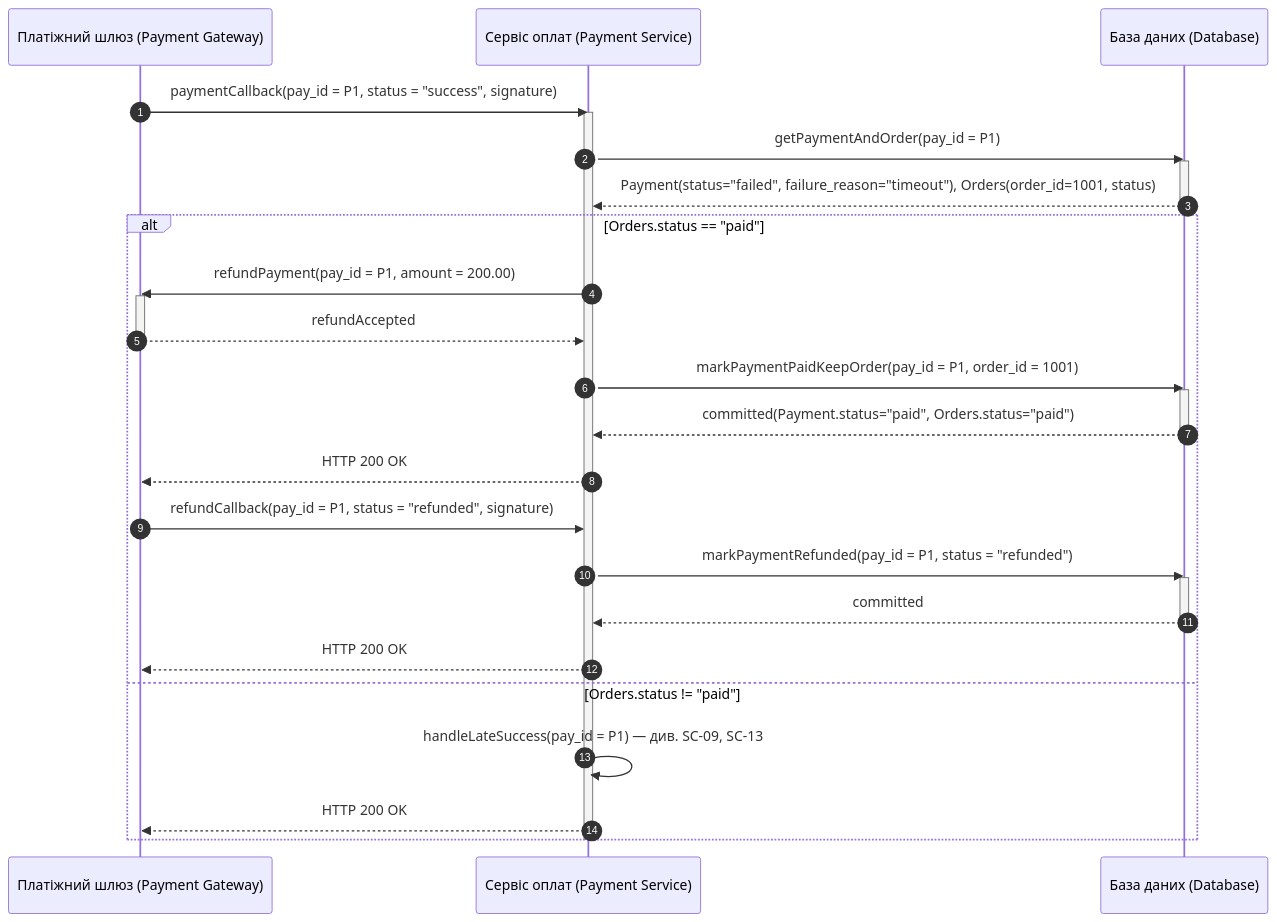
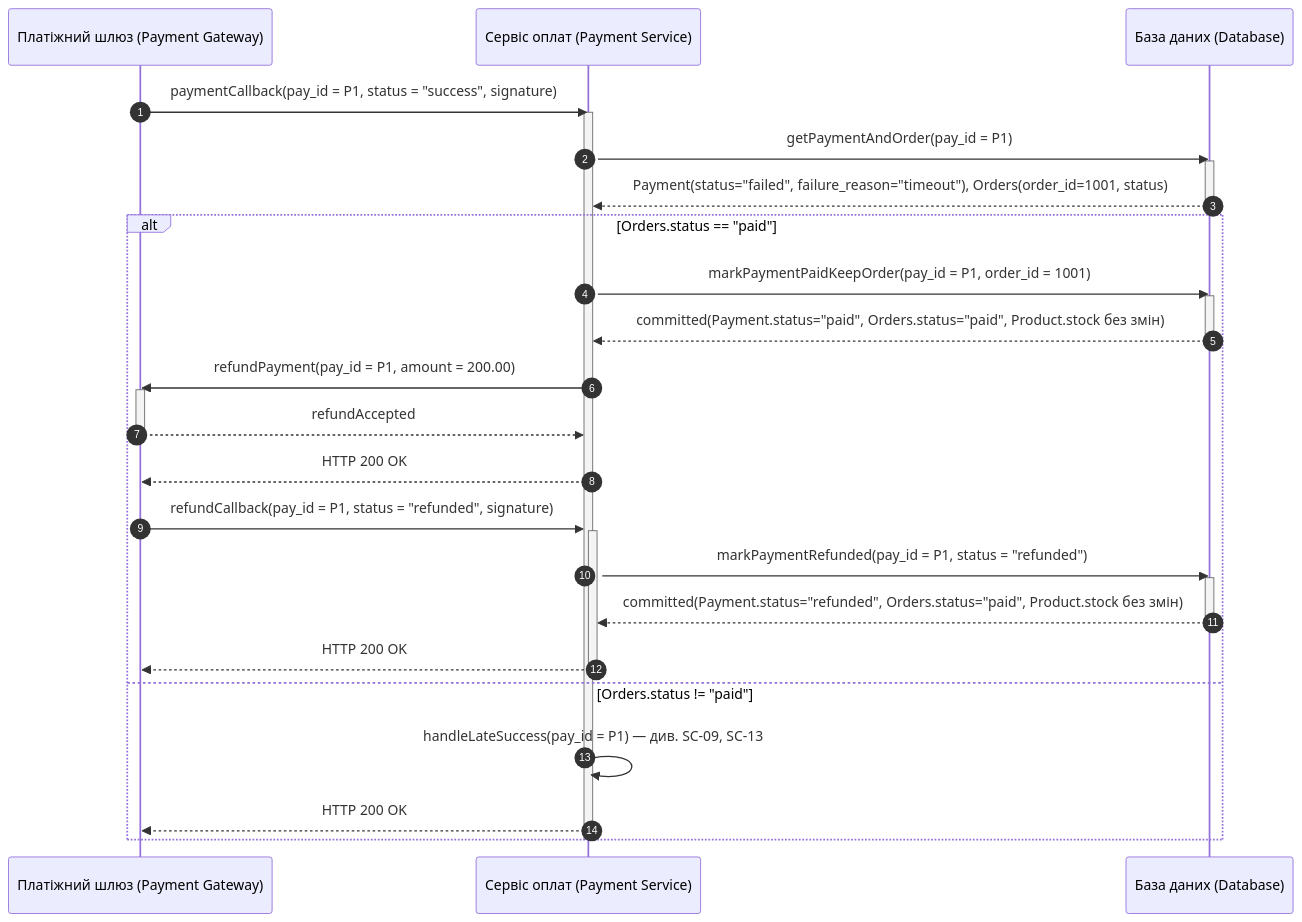
Diagram 12 of 15 in Lab3/diagram.md (hutnichs/KPI_MAVPZ), drawn with Mermaid before and after one commit. The commit also changed other lines of this file, not shown here.

Commit message:
Clarified order status checks in payment

````diff
--- a/Lab3/diagram.md
+++ b/Lab3/diagram.md
@@ -409,38 +415,40 @@
 ```mermaid
 sequenceDiagram
     autonumber
     participant PGW as Платіжний шлюз (Payment Gateway)
     participant PS as Сервіс оплат (Payment Service)
     participant DB as База даних (Database)
 
     PGW->>PS: paymentCallback(pay_id = P1, status = "success", signature)
     activate PS
     PS->>DB: getPaymentAndOrder(pay_id = P1)
     activate DB
     DB-->>PS: Payment(status="failed", failure_reason="timeout"), Orders(order_id=1001, status)
     deactivate DB
 
     alt Orders.status == "paid"
+        PS->>DB: markPaymentPaidKeepOrder(pay_id = P1, order_id = 1001)
+        activate DB
+        DB-->>PS: committed(Payment.status="paid", Orders.status="paid", Product.stock без змін)
+        deactivate DB
+
         PS->>PGW: refundPayment(pay_id = P1, amount = 200.00)
         activate PGW
         PGW-->>PS: refundAccepted
         deactivate PGW
-
-        PS->>DB: markPaymentPaidKeepOrder(pay_id = P1, order_id = 1001)
-        activate DB
-        DB-->>PS: committed(Payment.status="paid", Orders.status="paid")
-        deactivate DB
         PS-->>PGW: HTTP 200 OK
 
         PGW->>PS: refundCallback(pay_id = P1, status = "refunded", signature)
+        activate PS
         PS->>DB: markPaymentRefunded(pay_id = P1, status = "refunded")
         activate DB
-        DB-->>PS: committed
+        DB-->>PS: committed(Payment.status="refunded", Orders.status="paid", Product.stock без змін)
         deactivate DB
         PS-->>PGW: HTTP 200 OK
+        deactivate PS
     else Orders.status != "paid"
         PS->>PS: handleLateSuccess(pay_id = P1) — див. SC-09, SC-13
         PS-->>PGW: HTTP 200 OK
     end
     deactivate PS
 ```
````
